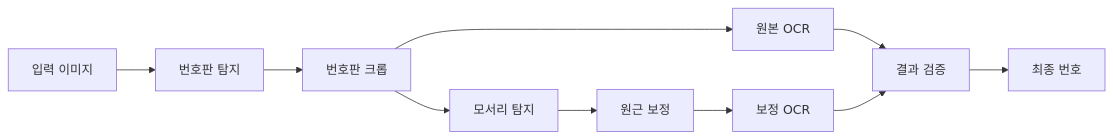
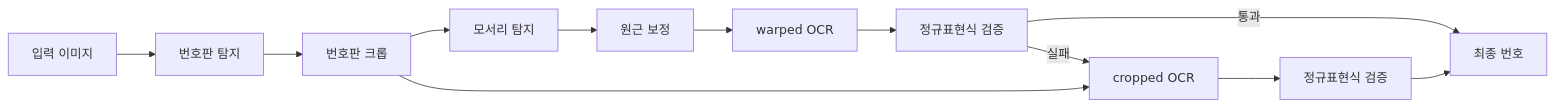
The first of 2 diagrams in src/content/blog/ko/korean-license-plate-deep-dive.md (mandacode-labs/mandacode-devs), drawn with Mermaid before and after one commit. The commit also changed other lines of this file and 1 other file, not shown here.

````diff
--- a/src/content/blog/ko/korean-license-plate-deep-dive.md
+++ b/src/content/blog/ko/korean-license-plate-deep-dive.md
@@ -49,12 +49,14 @@
 ```mermaid
 graph LR
     Input[입력 이미지] --> Plate[번호판 탐지]
     Plate --> Crop[번호판 크롭]
     Crop --> Vertex[모서리 탐지]
     Vertex --> Warp[원근 보정]
-    Crop --> OCR1[원본 OCR]
-    Warp --> OCR2[보정 OCR]
-    OCR1 --> Confirm[결과 검증]
-    OCR2 --> Confirm
-    Confirm --> Output[최종 번호]
+    Warp --> OCR1[warped OCR]
+    OCR1 --> Validate1[정규표현식 검증]
+    Validate1 -->|통과| Output[최종 번호]
+    Validate1 -->|실패| OCR2[cropped OCR]
+    Crop --> OCR2
+    OCR2 --> Validate2[정규표현식 검증]
+    Validate2 --> Output
 ```
````
